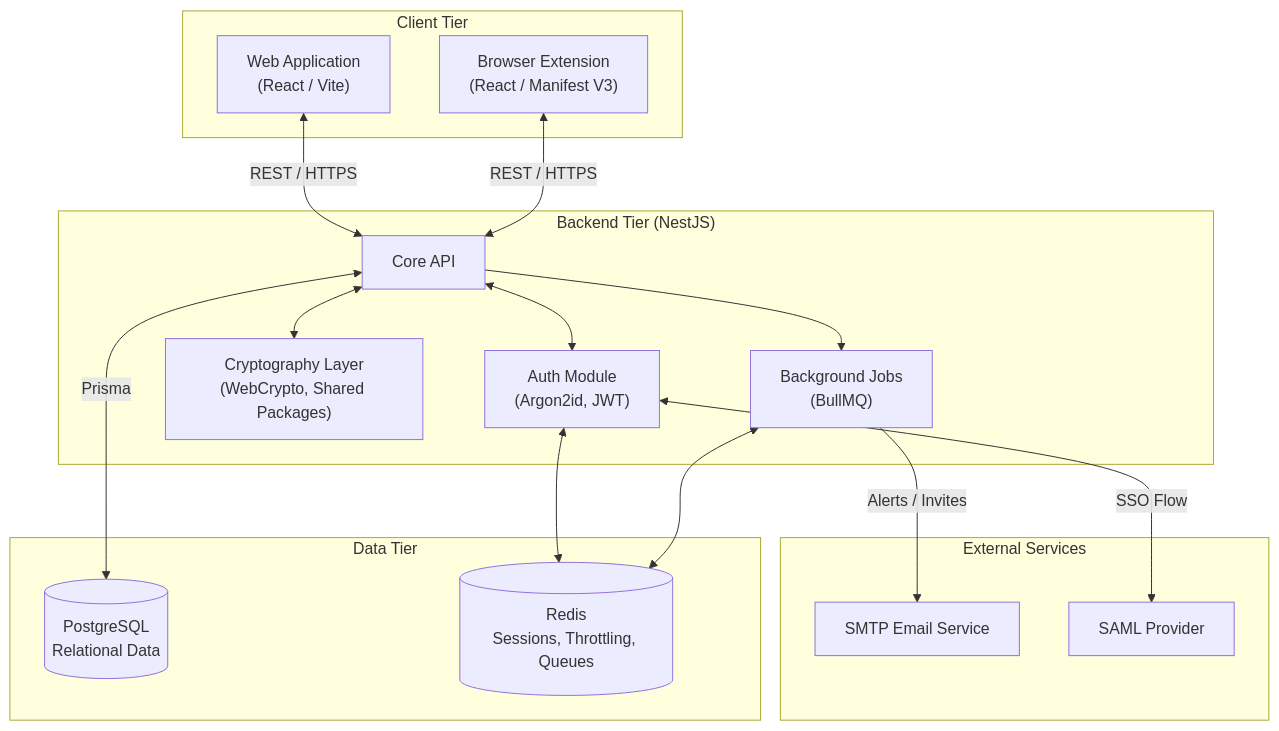
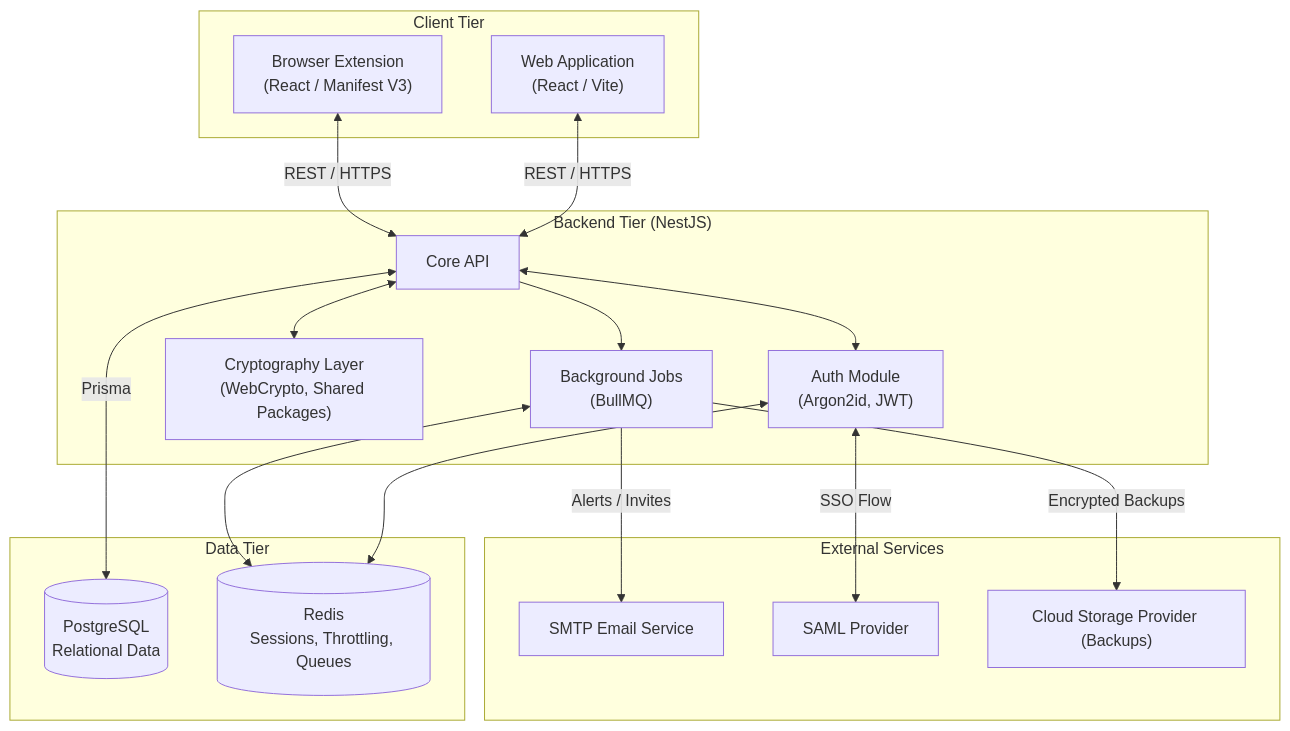
The diagram in diagrams/architecture.md (KaranByte021104/VowGuard), drawn with Mermaid before and after one commit. The commit also changed 2 other files, not shown here.

Commit message:
docs: add architecture and ERD diagrams and update README with UI/UX overhaul details

````diff
--- a/diagrams/architecture.md
+++ b/diagrams/architecture.md
@@ -3,38 +3,40 @@
 ```mermaid
 flowchart TD
     subgraph Client ["Client Tier"]
         WA["Web Application<br/>(React / Vite)"]
         BE["Browser Extension<br/>(React / Manifest V3)"]
     end
 
     subgraph Backend ["Backend Tier (NestJS)"]
         API["Core API"]
         Auth["Auth Module<br/>(Argon2id, JWT)"]
         Crypto["Cryptography Layer<br/>(WebCrypto, Shared Packages)"]
         Jobs["Background Jobs<br/>(BullMQ)"]
     end
 
     subgraph Data ["Data Tier"]
         PG[("PostgreSQL<br/>Relational Data")]
         Redis[("Redis<br/>Sessions, Throttling, Queues")]
     end
 
     WA <-->|REST / HTTPS| API
     BE <-->|REST / HTTPS| API
     
     API <--> Auth
     API <--> Crypto
     API --> Jobs
     
     API <-->|Prisma| PG
     Auth <--> Redis
     Jobs <--> Redis
 
     subgraph External ["External Services"]
         Mail["SMTP Email Service"]
         IdP["SAML Provider"]
+        Storage["Cloud Storage Provider (Backups)"]
     end
 
     Jobs -->|Alerts / Invites| Mail
     Auth <-->|SSO Flow| IdP
+    Jobs -->|Encrypted Backups| Storage
 ```
````
